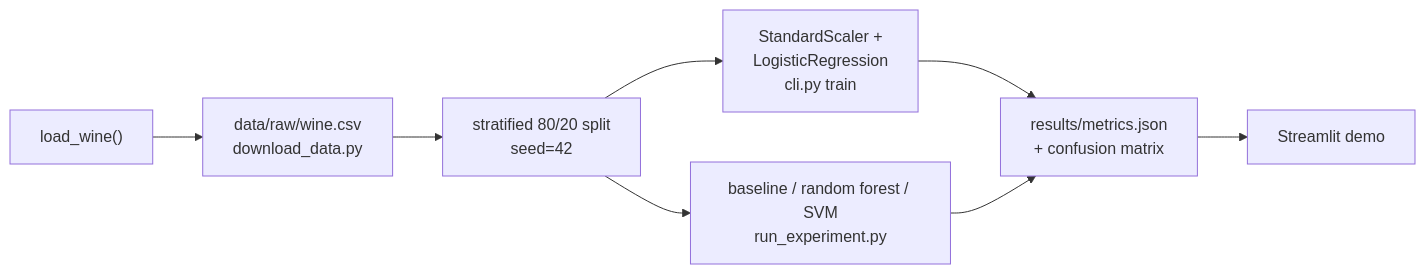
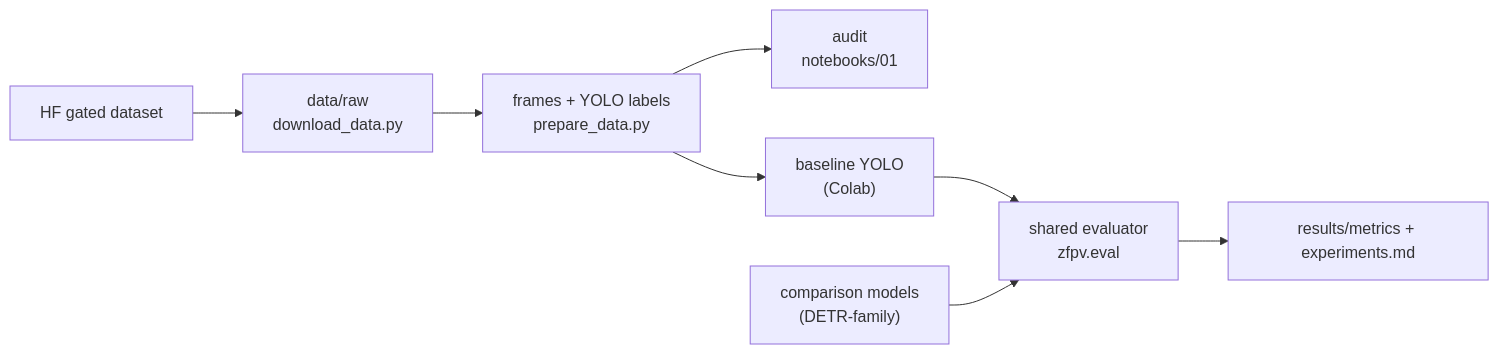
One commit to Luzefik/storozha-anti-ambush changed the diagram in README.md. Above: the diagram before and after it, drawn with Mermaid. The commit also changed other lines of this file and 47 other files, not shown here.

````diff
--- a/README.md
+++ b/README.md
@@ -37,10 +39,10 @@
 ```mermaid
 flowchart LR
-    A["load_wine()"] --> B["data/raw/wine.csv\ndownload_data.py"]
-    B --> C["stratified 80/20 split\nseed=42"]
-    C --> D["StandardScaler +\nLogisticRegression\ncli.py train"]
-    C --> E["baseline / random forest / SVM\nrun_experiment.py"]
-    D --> F["results/metrics.json\n+ confusion matrix"]
-    E --> F
-    F --> G["Streamlit demo"]
+    A["HF gated dataset"] --> B["data/raw\ndownload_data.py"]
+    B --> C["frames + YOLO labels\nprepare_data.py"]
+    C --> D["audit\nnotebooks/01"]
+    C --> E["baseline YOLO\n(Colab)"]
+    E --> F["shared evaluator\nzfpv.eval"]
+    G["comparison models\n(DETR-family)"] --> F
+    F --> H["results/metrics + experiments.md"]
 ```
````
